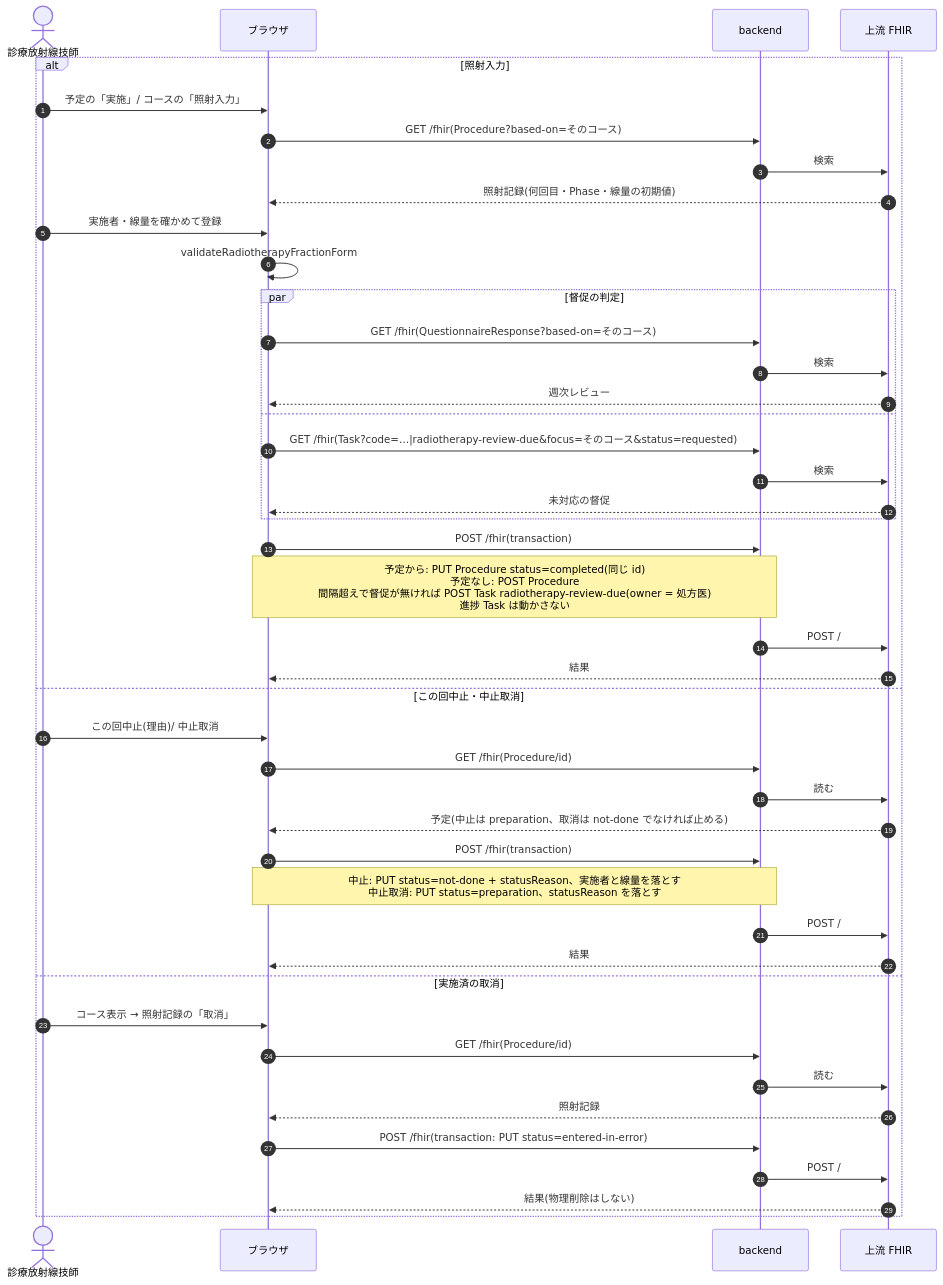
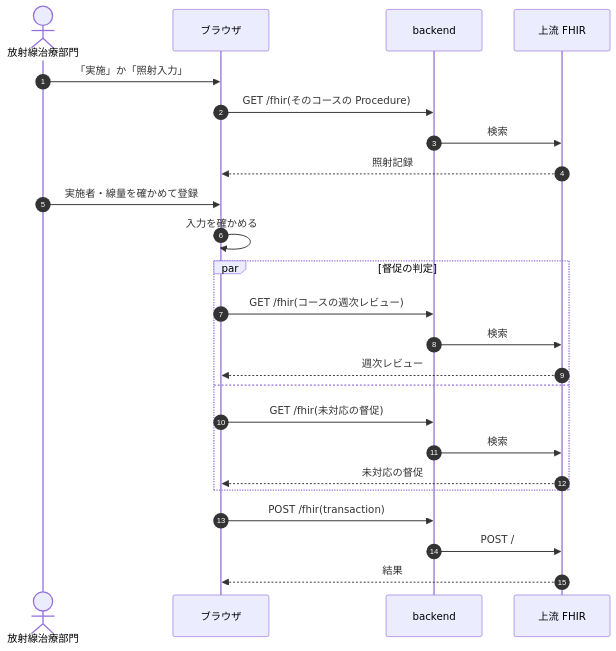
One commit to ysnr-dev/fhir-client-docs changed the sixth of 8 diagrams in docs/dev/radiotherapy.md. Above: the diagram before and after it, drawn with Mermaid. The commit also changed other lines of this file and 43 other files, not shown here.

Commit message:
docs: 業務フローとシーケンス図を写し直し

````diff
--- a/docs/dev/radiotherapy.md
+++ b/docs/dev/radiotherapy.md
@@ -186,47 +305,27 @@
 ```mermaid
 sequenceDiagram
   autonumber
-  actor Tech as 診療放射線技師
+  actor Dept as 放射線治療部門
   participant UI as ブラウザ
   participant BE as backend
   participant FHIR as 上流 FHIR
 
-  alt 照射入力
-    Tech->>UI: 予定の「実施」/ コースの「照射入力」
-    UI->>BE: GET /fhir(Procedure?based-on=そのコース)
+  Dept->>UI: 「実施」か「照射入力」
+  UI->>BE: GET /fhir(そのコースの Procedure)
+  BE->>FHIR: 検索
+  FHIR-->>UI: 照射記録
+  Dept->>UI: 実施者・線量を確かめて登録
+  UI->>UI: 入力を確かめる
+  par 督促の判定
+    UI->>BE: GET /fhir(コースの週次レビュー)
     BE->>FHIR: 検索
-    FHIR-->>UI: 照射記録(何回目・Phase・線量の初期値)
-    Tech->>UI: 実施者・線量を確かめて登録
-    UI->>UI: validateRadiotherapyFractionForm
-    par 督促の判定
-      UI->>BE: GET /fhir(QuestionnaireResponse?based-on=そのコース)
-      BE->>FHIR: 検索
-      FHIR-->>UI: 週次レビュー
-    and
-      UI->>BE: GET /fhir(Task?code=…|radiotherapy-review-due&focus=そのコース&status=requested)
-      BE->>FHIR: 検索
-      FHIR-->>UI: 未対応の督促
-    end
-    UI->>BE: POST /fhir(transaction)
-    Note over UI,BE: 予定から: PUT Procedure status=completed(同じ id)<br/>予定なし: POST Procedure<br/>間隔超えで督促が無ければ POST Task radiotherapy-review-due(owner = 処方医)<br/>進捗 Task は動かさない
-    BE->>FHIR: POST /
-    FHIR-->>UI: 結果
-  else この回中止・中止取消
-    Tech->>UI: この回中止(理由)/ 中止取消
-    UI->>BE: GET /fhir(Procedure/id)
-    BE->>FHIR: 読む
-    FHIR-->>UI: 予定(中止は preparation、取消は not-done でなければ止める)
-    UI->>BE: POST /fhir(transaction)
-    Note over UI,BE: 中止: PUT status=not-done + statusReason、実施者と線量を落とす<br/>中止取消: PUT status=preparation、statusReason を落とす
-    BE->>FHIR: POST /
-    FHIR-->>UI: 結果
-  else 実施済の取消
-    Tech->>UI: コース表示 → 照射記録の「取消」
-    UI->>BE: GET /fhir(Procedure/id)
-    BE->>FHIR: 読む
-    FHIR-->>UI: 照射記録
-    UI->>BE: POST /fhir(transaction: PUT status=entered-in-error)
-    BE->>FHIR: POST /
-    FHIR-->>UI: 結果(物理削除はしない)
+    FHIR-->>UI: 週次レビュー
+  and
+    UI->>BE: GET /fhir(未対応の督促)
+    BE->>FHIR: 検索
+    FHIR-->>UI: 未対応の督促
   end
+  UI->>BE: POST /fhir(transaction)
+  BE->>FHIR: POST /
+  FHIR-->>UI: 結果
 ```
````
